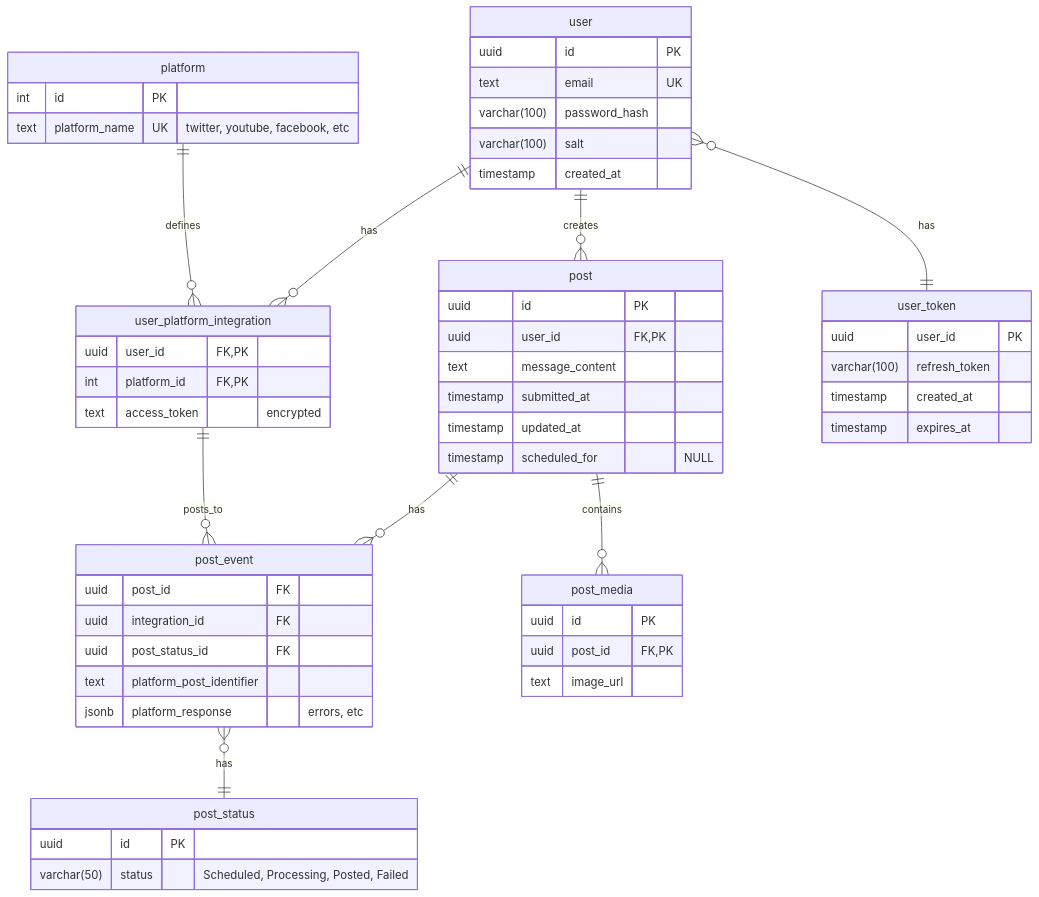
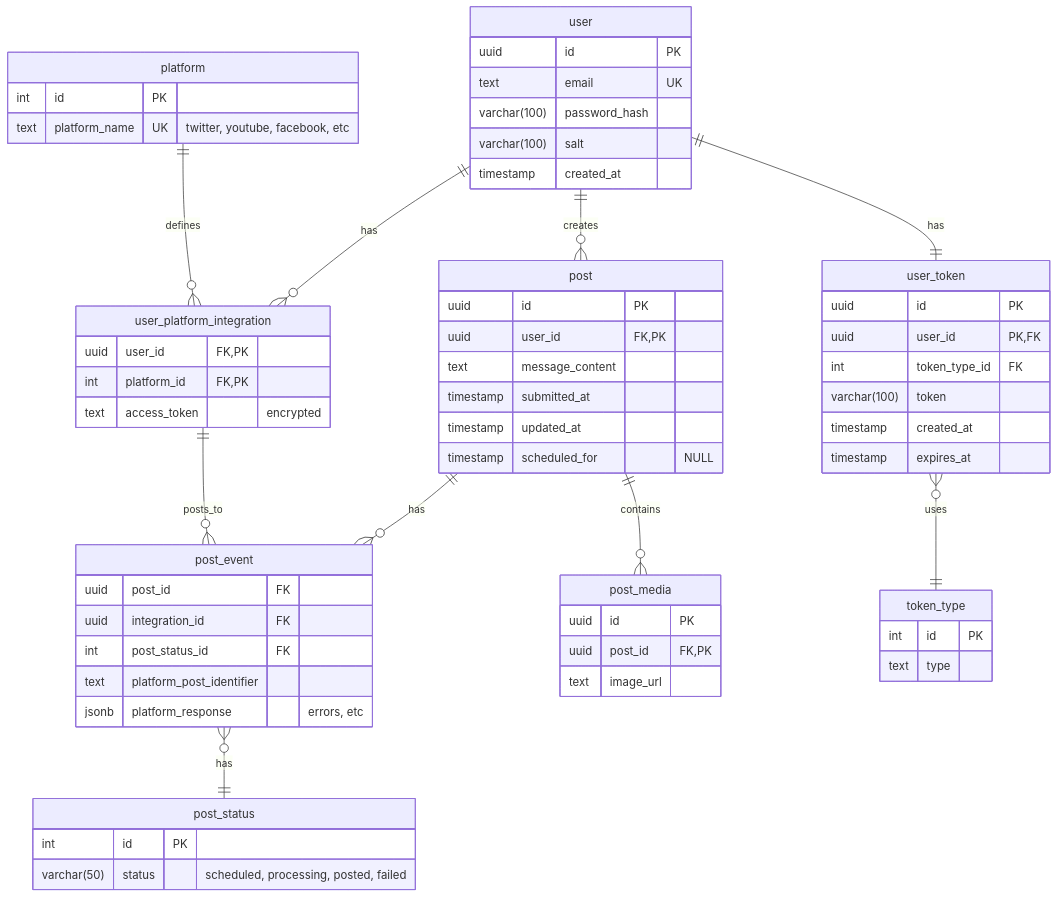
The diagram in documentation/diagrams/er_diagram.md (JKMN-Projects/ripple_sync_backend), drawn with Mermaid before and after one commit.

````diff
--- a/documentation/diagrams/er_diagram.md
+++ b/documentation/diagrams/er_diagram.md
@@ -3,67 +3,75 @@
 ``` mermaid
 
     erDiagram
     user ||--o{ user_platform_integration : "has"
     user ||--o{ post : "creates"
     platform ||--o{ user_platform_integration : "defines"
     post ||--o{ post_event : "has"
     user_platform_integration ||--o{ post_event : "posts_to"
     post ||--o{ post_media : "contains"
     post_event }o--|| post_status : "has"
-    user }o--|| user_token : "has"
+    user ||--|| user_token : "has"
+    user_token }o--|| token_type : "uses"
 
 
     user {
         uuid id PK
         text email UK
         varchar(100) password_hash
         varchar(100) salt
         timestamp created_at 
     }
 
     user_token {
-        uuid user_id PK
-        varchar(100) refresh_token
+        uuid id PK
+        uuid user_id PK, FK
+        int token_type_id FK
+        varchar(100) token
         timestamp created_at
         timestamp expires_at
+    }
+
+    token_type {
+        int id PK
+        text type
     }
 
     platform {
         int id PK
         text platform_name UK "twitter, youtube, facebook, etc"
     }
 
     user_platform_integration {
         uuid user_id FK, PK
         int platform_id FK, PK
         text access_token "encrypted"
     }
 
     post {
         uuid id PK
         uuid user_id FK, PK
         text message_content
         timestamp submitted_at
         timestamp updated_at
         timestamp scheduled_for "NULL"
     }
 
     post_media {
         uuid id PK
         uuid post_id FK, PK
         text image_url 
     }
 
     post_event {
         uuid post_id FK
         uuid integration_id FK
-        uuid post_status_id FK
+        int post_status_id FK
         text platform_post_identifier 
         jsonb platform_response "errors, etc"
     }
 
     post_status {
-        uuid id PK
-        varchar(50) status "Scheduled, Processing, Posted, Failed"
+        int id PK
+        varchar(50) status "scheduled, processing, posted, failed"
     }
 ```
````
